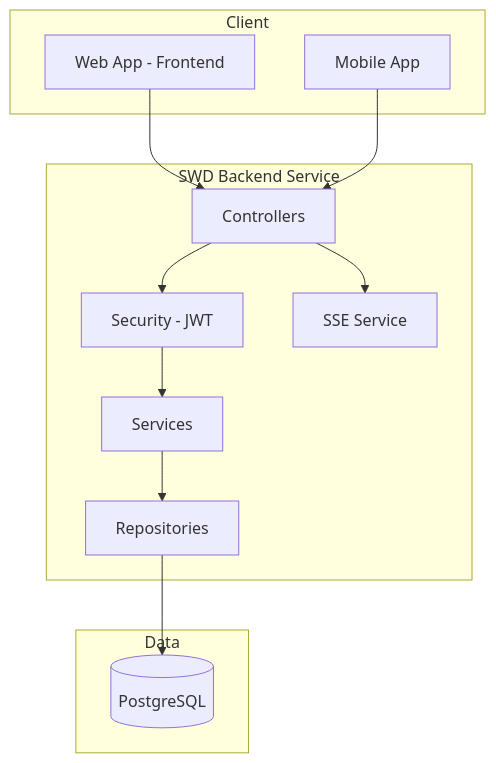
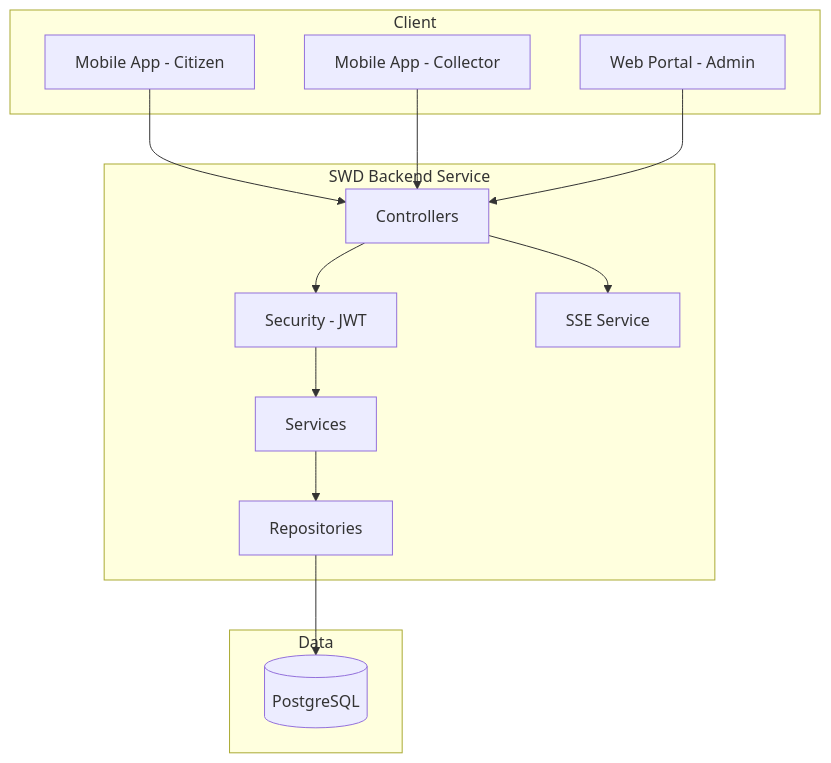
Before and after one commit to ntu254/SWD: the diagram in backend/.agent-utils/01_architecture.md, drawn with Mermaid. The commit also changed other lines of this file and 89 other files, not shown here.

````diff
--- a/backend/.agent-utils/01_architecture.md
+++ b/backend/.agent-utils/01_architecture.md
@@ -58,27 +39,27 @@
 ```mermaid
 graph TB
     subgraph Client
-        A[Web App - Frontend]
-        B[Mobile App]
+        A[Mobile App - Citizen]
+        B[Mobile App - Collector]
+        C[Web Portal - Admin]
     end
     
     subgraph "SWD Backend Service"
-        C[Controllers]
-        D[Services]
-        E[Repositories]
-        F[Security - JWT]
-        G[SSE Service]
+        D[Controllers]
+        E[Services]
+        F[Repositories]
+        G[Security - JWT]
+        H[SSE Service]
     end
     
     subgraph Data
-        H[(PostgreSQL)]
+        I[(PostgreSQL)]
     end
     
-    A --> C
-    B --> C
-    C --> F
-    F --> D
-    D --> E
-    E --> H
-    C --> G
+    A & B & C --> D
+    D --> G
+    G --> E
+    E --> F
+    F --> I
+    D --> H
 ```
````
